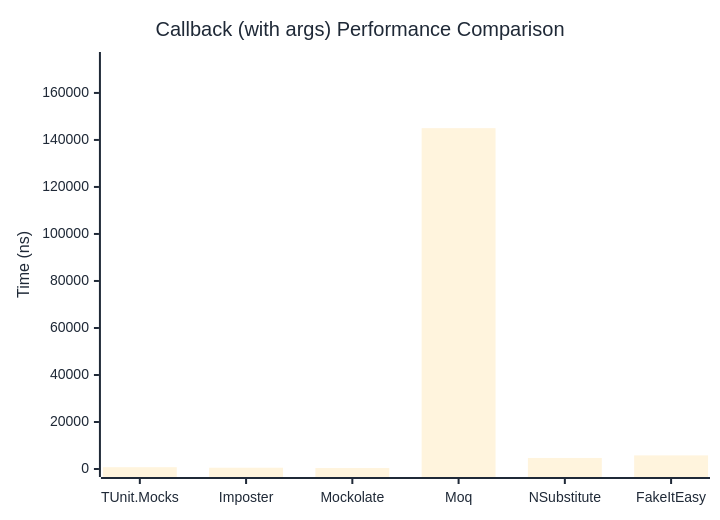
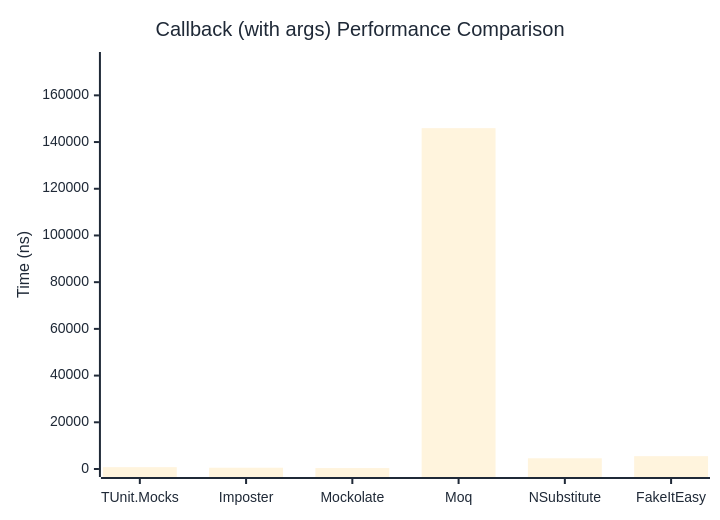
One commit to thomhurst/TUnit changed the second of 2 diagrams in docs/docs/benchmarks/mocks/Callback.md. Above: the diagram before and after it, drawn with Mermaid. The commit also changed other lines of this file and 14 other files, not shown here.

````diff
--- a/docs/docs/benchmarks/mocks/Callback.md
+++ b/docs/docs/benchmarks/mocks/Callback.md
@@ -71,27 +71,27 @@
 ```mermaid
 %%{init: {
   'theme':'base',
   'themeVariables': {
     'primaryColor': '#2563eb',
     'primaryTextColor': '#1f2937',
     'primaryBorderColor': '#1e40af',
     'lineColor': '#6b7280',
     'secondaryColor': '#7c3aed',
     'tertiaryColor': '#dc2626',
     'background': '#ffffff',
     'pie1': '#2563eb',
     'pie2': '#7c3aed',
     'pie3': '#dc2626',
     'pie4': '#f59e0b',
     'pie5': '#10b981',
     'pie6': '#06b6d4',
     'pie7': '#ec4899',
     'pie8': '#6366f1'
   }
 }}%%
 xychart-beta
   title "Callback (with args) Performance Comparison"
   x-axis ["TUnit.Mocks", "Imposter", "Mockolate", "Moq", "NSubstitute", "FakeItEasy"]
-  y-axis "Time (ns)" 0 --> 174012
-  bar [770.4, 540.8, 402.6, 145009.6, 4693.5, 5793]
+  y-axis "Time (ns)" 0 --> 175135
+  bar [790.1, 541.9, 399.1, 145945.6, 4590.9, 5495.5]
 ```
````
